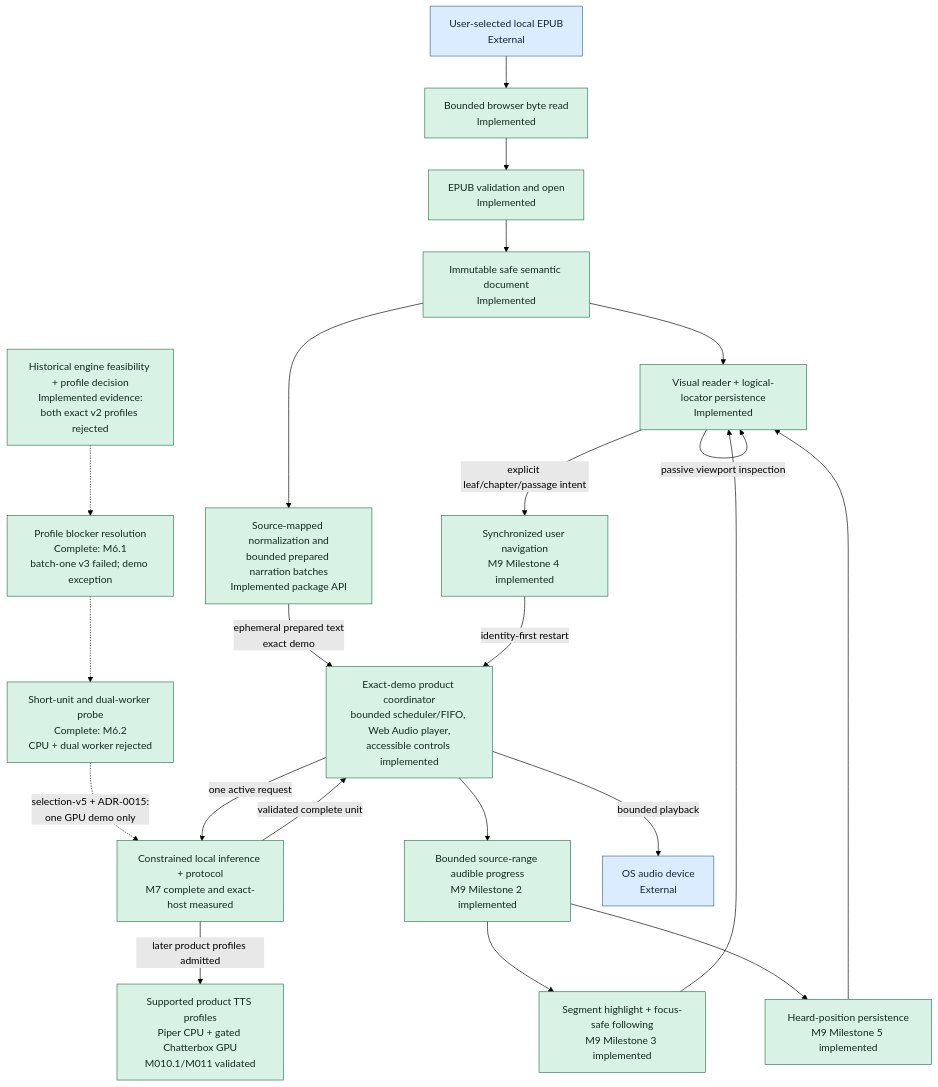
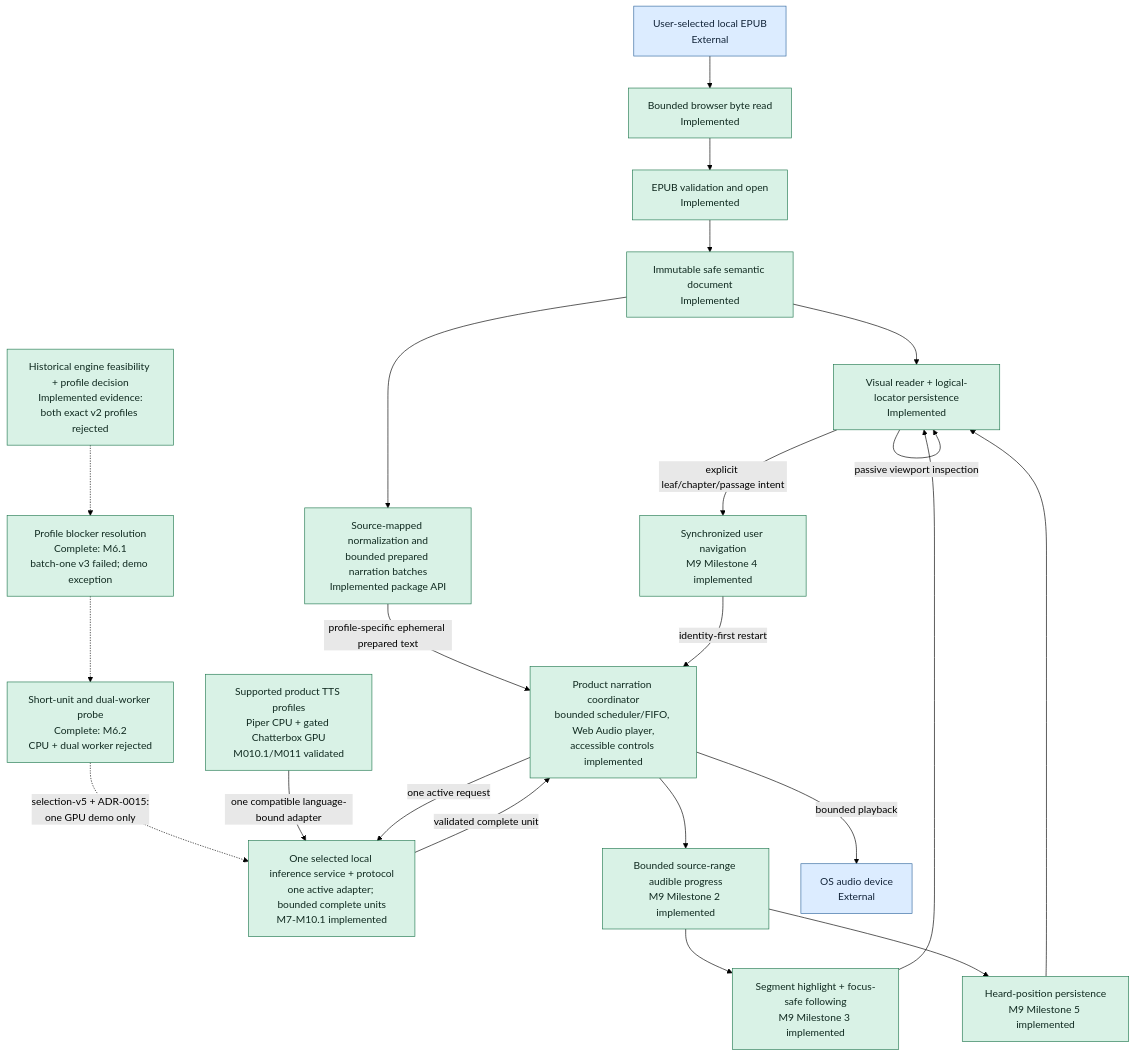
Before and after one commit to mmjosedaniel/voxleaf: the second of 2 diagrams in docs/architecture/system-diagram.md, drawn with Mermaid (forest theme). The commit also changed other lines of this file and 2 other files, not shown here.

Commit message:
docs: add compact system diagram (#209)

````diff
--- a/docs/architecture/system-diagram.md
+++ b/docs/architecture/system-diagram.md
@@ -386,46 +404,46 @@
 ```mermaid
 flowchart TD
     classDef implemented fill:#d9f2e6,stroke:#247a52,color:#102a20
     classDef progress fill:#dcecff,stroke:#356aa0,color:#13253a,stroke-dasharray: 3 3
     classDef planned fill:#fff0c7,stroke:#9a6b00,color:#332400,stroke-dasharray: 5 5
     classDef blocked fill:#fde2e2,stroke:#b42318,color:#3a0d0d,stroke-dasharray: 5 5
     classDef deferred fill:#eceff3,stroke:#667085,color:#20242a,stroke-dasharray: 5 5
     classDef external fill:#dcecff,stroke:#356aa0,color:#13253a
 
     FILE["User-selected local EPUB<br/>External"]:::external
     READ["Bounded browser byte read<br/>Implemented"]:::implemented
     OPEN["EPUB validation and open<br/>Implemented"]:::implemented
     SAFE["Immutable safe semantic document<br/>Implemented"]:::implemented
     VISUAL["Visual reader + logical-locator persistence<br/>Implemented"]:::implemented
     PREP["Source-mapped normalization and<br/>bounded prepared narration batches<br/>Implemented package API"]:::implemented
     PROFILE["Historical engine feasibility + profile decision<br/>Implemented evidence:<br/>both exact v2 profiles rejected"]:::implemented
     NEXT_PROFILE["Profile blocker resolution<br/>Complete: M6.1<br/>batch-one v3 failed; demo exception"]:::implemented
     BATCH_PROBE["Short-unit and dual-worker probe<br/>Complete: M6.2<br/>CPU + dual worker rejected"]:::implemented
-    INFER["Constrained local inference + protocol<br/>M7 complete and exact-host measured"]:::implemented
+    INFER["One selected local inference service + protocol<br/>one active adapter; bounded complete units<br/>M7-M10.1 implemented"]:::implemented
     PROD["Supported product TTS profiles<br/>Piper CPU + gated Chatterbox GPU<br/>M010.1/M011 validated"]:::implemented
-    BUFFER["Exact-demo product coordinator<br/>bounded scheduler/FIFO, Web Audio player,<br/>accessible controls implemented"]:::implemented
+    BUFFER["Product narration coordinator<br/>bounded scheduler/FIFO, Web Audio player,<br/>accessible controls implemented"]:::implemented
     AUDIBLE["Bounded source-range audible progress<br/>M9 Milestone 2 implemented"]:::implemented
     FOLLOW["Segment highlight + focus-safe following<br/>M9 Milestone 3 implemented"]:::implemented
     INTERACTION["Synchronized user navigation<br/>M9 Milestone 4 implemented"]:::implemented
     HEARD["Heard-position persistence<br/>M9 Milestone 5 implemented"]:::implemented
     DEVICE["OS audio device<br/>External"]:::external
 
     FILE --> READ --> OPEN --> SAFE --> VISUAL
     SAFE --> PREP
-    PREP -->|"ephemeral prepared text<br/>exact demo"| BUFFER
+    PREP -->|"profile-specific ephemeral prepared text"| BUFFER
     PROFILE -.-> NEXT_PROFILE
     NEXT_PROFILE -.-> BATCH_PROBE
     BATCH_PROBE -.->|"selection-v5 + ADR-0015:<br/>one GPU demo only"| INFER
-    INFER -->|"later product profiles admitted"| PROD
+    PROD -->|"one compatible language-bound adapter"| INFER
     BUFFER -->|"one active request"| INFER
     INFER -->|"validated complete unit"| BUFFER
     BUFFER --> AUDIBLE
     AUDIBLE --> FOLLOW
     FOLLOW --> VISUAL
     VISUAL -->|"explicit leaf/chapter/passage intent"| INTERACTION
     VISUAL -->|"passive viewport inspection"| VISUAL
     INTERACTION -->|"identity-first restart"| BUFFER
     AUDIBLE --> HEARD
     HEARD --> VISUAL
     BUFFER -->|"bounded playback"| DEVICE
 ```
````
